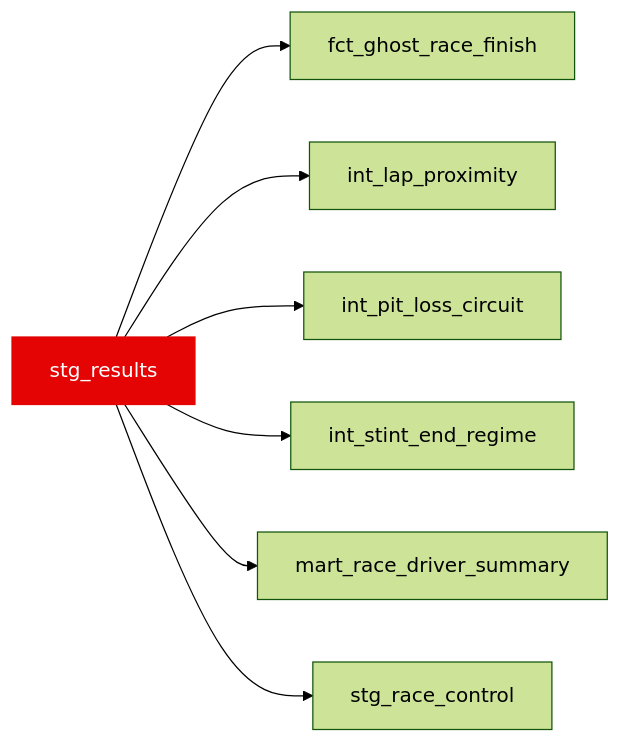
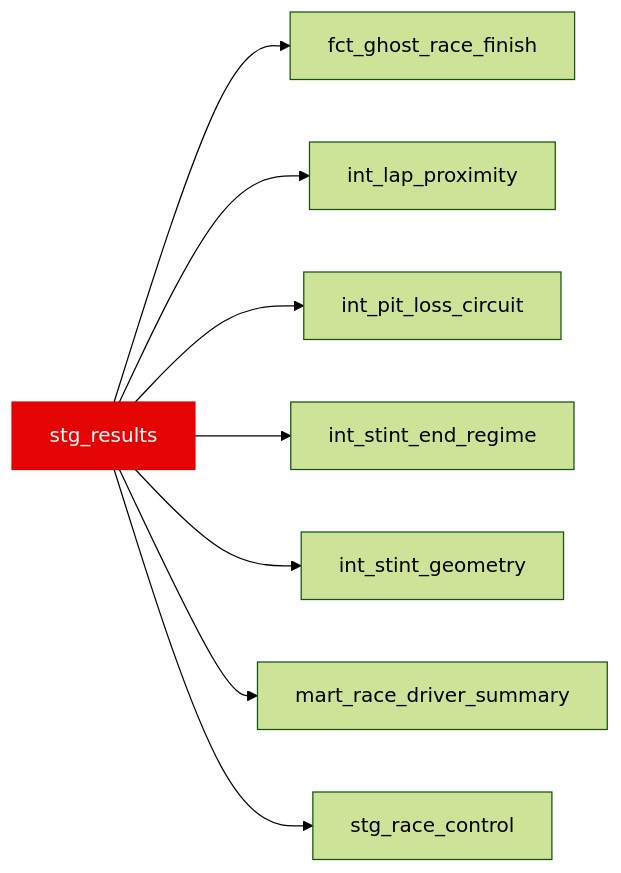
The diagram in docs/reference/models/stg/stg_results.mdx (JustinClarke/off-the-pace), drawn with Mermaid (forest theme) before and after one commit. The commit also changed other lines of this file and 286 other files, not shown here.

````diff
--- a/docs/reference/models/stg/stg_results.mdx
+++ b/docs/reference/models/stg/stg_results.mdx
@@ -15,10 +15,11 @@
 ```mermaid
 flowchart LR
   stg_results --> fct_ghost_race_finish
   stg_results --> int_lap_proximity
   stg_results --> int_pit_loss_circuit
   stg_results --> int_stint_end_regime
+  stg_results --> int_stint_geometry
   stg_results --> mart_race_driver_summary
   stg_results --> stg_race_control
   style stg_results fill:#e40404,stroke:#e40404,color:#fff
 ```
````
